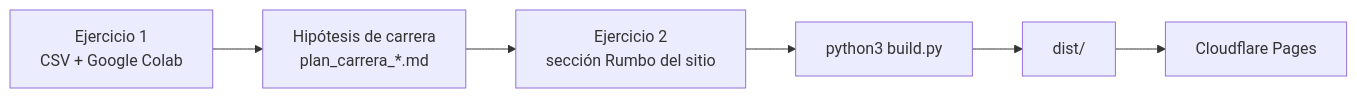
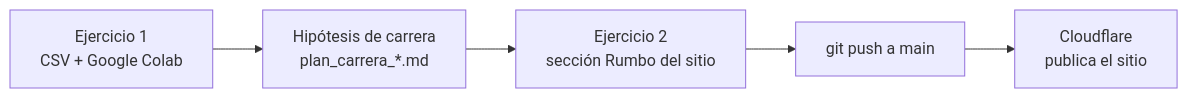
One commit to badouintec/tallerDDD changed the first of 2 diagrams in README.md. Above: the diagram before and after it, drawn with Mermaid. The commit also changed other lines of this file and 9 other files, not shown here.

Commit message:
Publicar el sitio estático sin build: .assetsignore excluye lo privado

````diff
--- a/README.md
+++ b/README.md
@@ -7,8 +7,7 @@
 ```mermaid
 flowchart LR
     A["Ejercicio 1<br/>CSV + Google Colab"] --> B["Hipótesis de carrera<br/>plan_carrera_*.md"]
     B --> C["Ejercicio 2<br/>sección Rumbo del sitio"]
-    C --> D["python3 build.py"]
-    D --> E["dist/"]
-    E --> F["Cloudflare Pages"]
+    C --> D["git push a main"]
+    D --> E["Cloudflare<br/>publica el sitio"]
 ```
````
